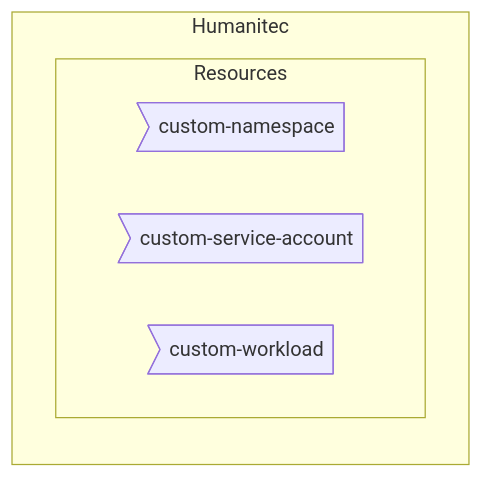
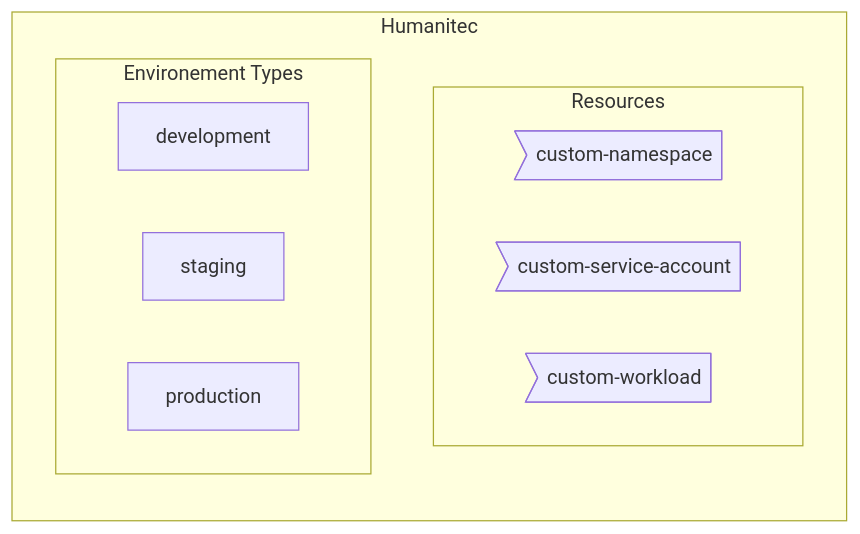
One commit to mathieu-benoit/hello-humanitec changed the diagram in docs/common.md. Above: the diagram before and after it, drawn with Mermaid.

Commit message:
Environement Types in Common graph

````diff
--- a/docs/common.md
+++ b/docs/common.md
@@ -10,10 +10,15 @@
 ```mermaid
 flowchart LR
   subgraph Humanitec
     subgraph Resources
-        custom-namespace>custom-namespace]
-        custom-service-account>custom-service-account]
-        custom-workload>custom-workload]
+      custom-namespace>custom-namespace]
+      custom-service-account>custom-service-account]
+      custom-workload>custom-workload]
+    end
+    subgraph Environement Types
+      development
+      staging
+      production
     end
   end
 ```
````
